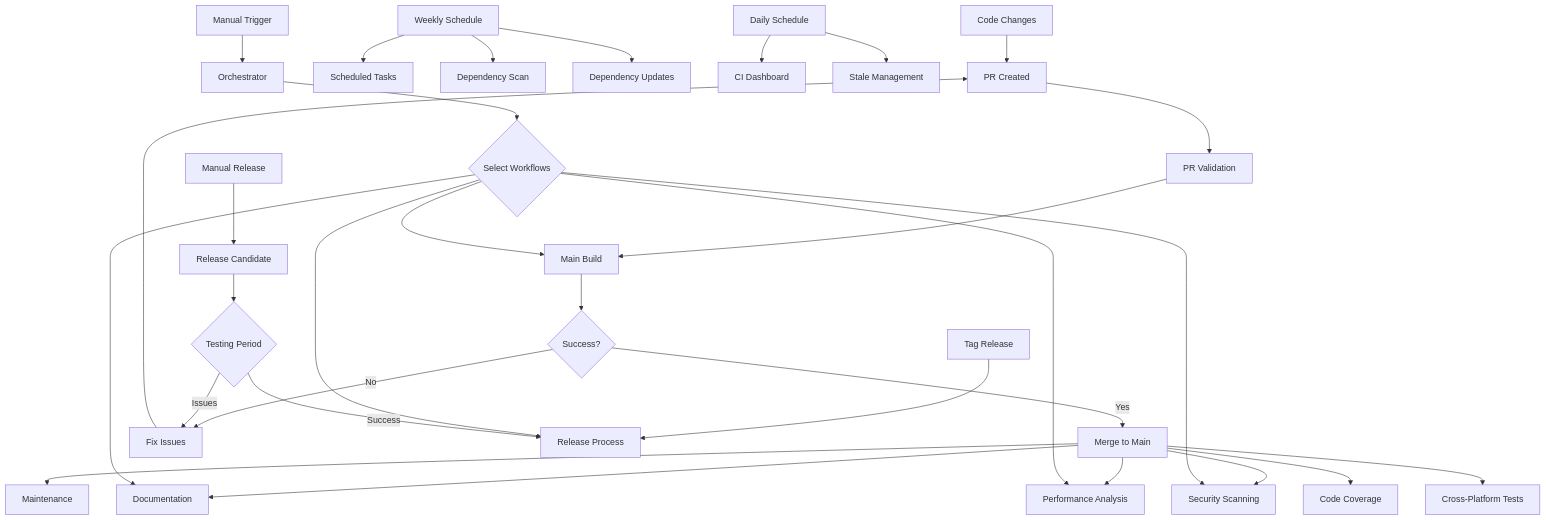
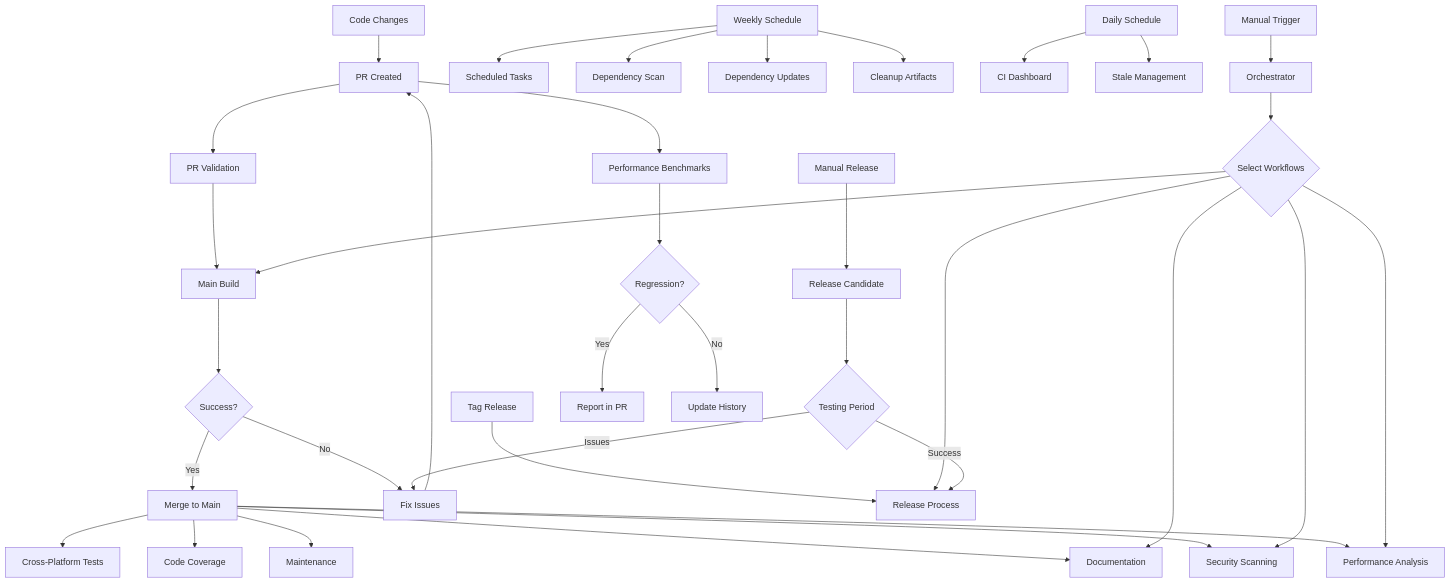
Before and after one commit to SZim92/hdr-plus-swift: the diagram in .github/workflows/README.md, drawn with Mermaid. The commit also changed other lines of this file and 9 other files, not shown here.

````diff
--- a/.github/workflows/README.md
+++ b/.github/workflows/README.md
@@ -147,33 +175,38 @@
 ```mermaid
 graph TD
     A[Code Changes] --> B[PR Created]
     B --> C[PR Validation]
     C --> D[Main Build]
     D --> E{Success?}
     E -->|Yes| F[Merge to Main]
     E -->|No| G[Fix Issues]
     G --> B
     F --> H[Documentation]
     F --> I[Performance Analysis]
     F --> J[Security Scanning]
     F --> K[Maintenance]
     F --> L[Code Coverage]
     F --> M[Cross-Platform Tests]
     N[Tag Release] --> O[Release Process]
     P[Weekly Schedule] --> Q[Scheduled Tasks]
     P --> R[Dependency Scan]
     P --> S[Dependency Updates]
+    P --> AC[Cleanup Artifacts]
     T[Daily Schedule] --> U[CI Dashboard]
     T --> V[Stale Management]
     W[Manual Trigger] --> X[Orchestrator]
     X --> Y{Select Workflows}
     Y --> D
     Y --> J
     Y --> I
     Y --> H
     Y --> O
     Z[Manual Release] --> AA[Release Candidate]
     AA --> AB{Testing Period}
     AB -->|Success| O
     AB -->|Issues| G
+    B --> AD[Performance Benchmarks]
+    AD --> AE{Regression?}
+    AE -->|Yes| AF[Report in PR]
+    AE -->|No| AG[Update History]
 ``` 
````
